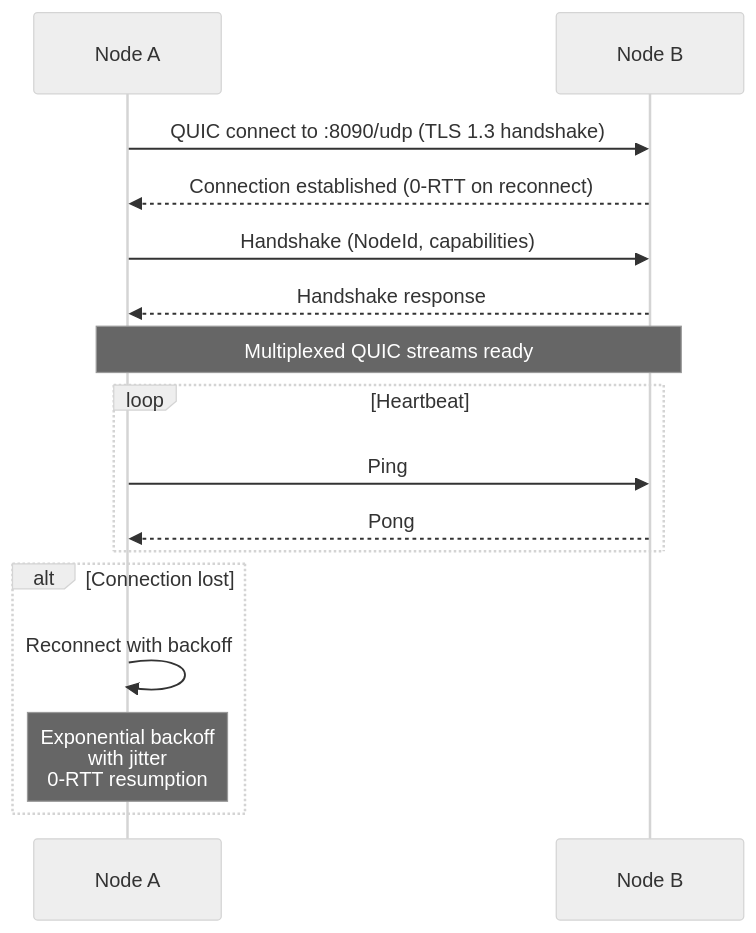
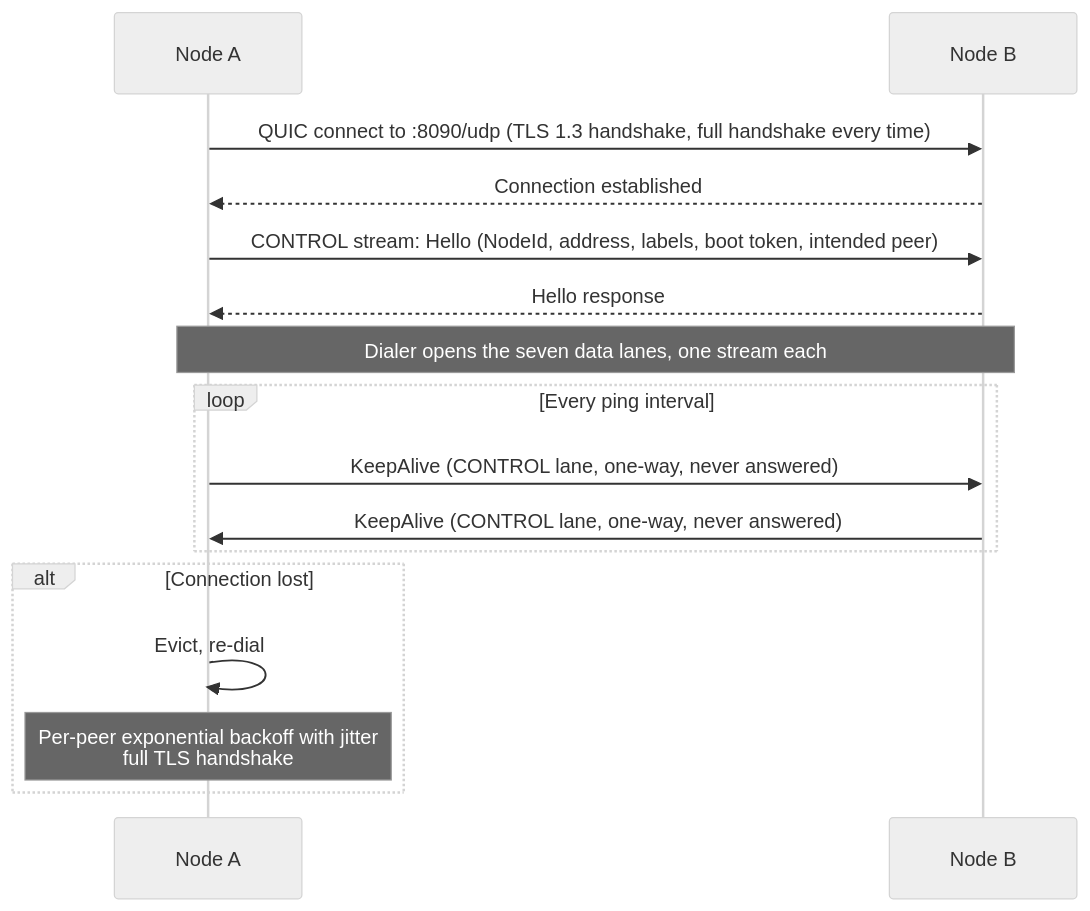
One commit to pragmaticalabs/pragmatica changed the second of 6 diagrams in aether/docs/architecture/04-networking.md. Above: the diagram before and after it, drawn with Mermaid (neutral theme). The commit also changed other lines of this file and 11 other files, not shown here.

````diff
--- a/aether/docs/architecture/04-networking.md
+++ b/aether/docs/architecture/04-networking.md
@@ -49,23 +51,23 @@
 ```mermaid
 sequenceDiagram
     participant A as Node A
     participant B as Node B
 
-    A->>B: QUIC connect to :8090/udp (TLS 1.3 handshake)
-    B-->>A: Connection established (0-RTT on reconnect)
+    A->>B: QUIC connect to :8090/udp (TLS 1.3 handshake, full handshake every time)
+    B-->>A: Connection established
 
-    A->>B: Handshake (NodeId, capabilities)
-    B-->>A: Handshake response
+    A->>B: CONTROL stream: Hello (NodeId, address, labels, boot token, intended peer)
+    B-->>A: Hello response
 
-    Note over A,B: Multiplexed QUIC streams ready
+    Note over A,B: Dialer opens the seven data lanes, one stream each
 
-    loop Heartbeat
-        A->>B: Ping
-        B-->>A: Pong
+    loop Every ping interval
+        A->>B: KeepAlive (CONTROL lane, one-way, never answered)
+        B->>A: KeepAlive (CONTROL lane, one-way, never answered)
     end
 
     alt Connection lost
-        A->>A: Reconnect with backoff
-        Note over A: Exponential backoff<br/>with jitter<br/>0-RTT resumption
+        A->>A: Evict, re-dial
+        Note over A: Per-peer exponential backoff with jitter<br/>full TLS handshake
     end
 ```
````
